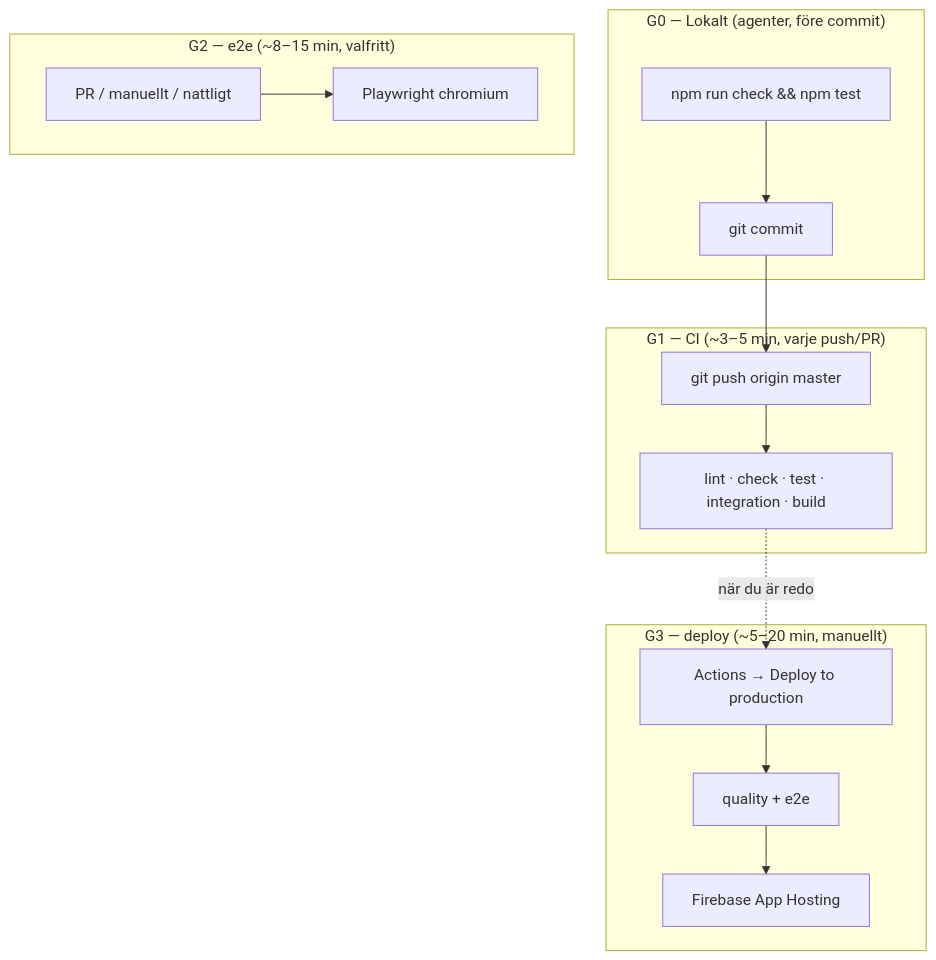
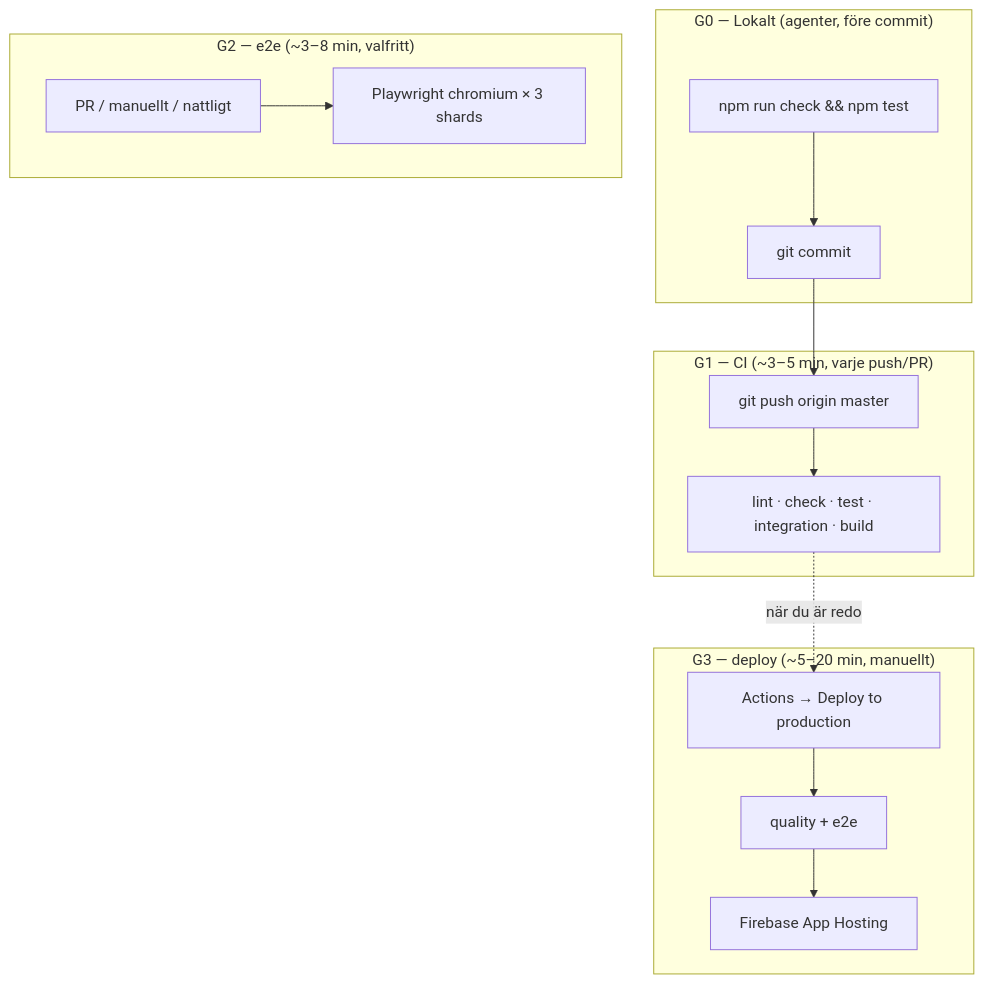
Before and after one commit to arpi09/grocery-manager: the diagram in docs/CI_CD.md, drawn with Mermaid. The commit also changed other lines of this file and 3 other files, not shown here.

````diff
--- a/docs/CI_CD.md
+++ b/docs/CI_CD.md
@@ -11,30 +11,30 @@
 ```mermaid
 flowchart TB
   subgraph G0["G0 — Lokalt (agenter, före commit)"]
     check[npm run check && npm test]
     commit[git commit]
     check --> commit
   end
 
   subgraph G1["G1 — CI (~3–5 min, varje push/PR)"]
     push[git push origin master]
     q[lint · check · test · integration · build]
     push --> q
   end
 
-  subgraph G2["G2 — e2e (~8–15 min, valfritt)"]
-    e2e[Playwright chromium]
+  subgraph G2["G2 — e2e (~3–8 min, valfritt)"]
+    e2e[Playwright chromium × 3 shards]
     pr[PR / manuellt / nattligt]
     pr --> e2e
   end
 
   subgraph G3["G3 — deploy (~5–20 min, manuellt)"]
     manual[Actions → Deploy to production]
     fb[Firebase App Hosting]
     manual --> q2[quality + e2e]
     q2 --> fb
   end
 
   commit --> push
   q -.->|när du är redo| manual
 ```
````
